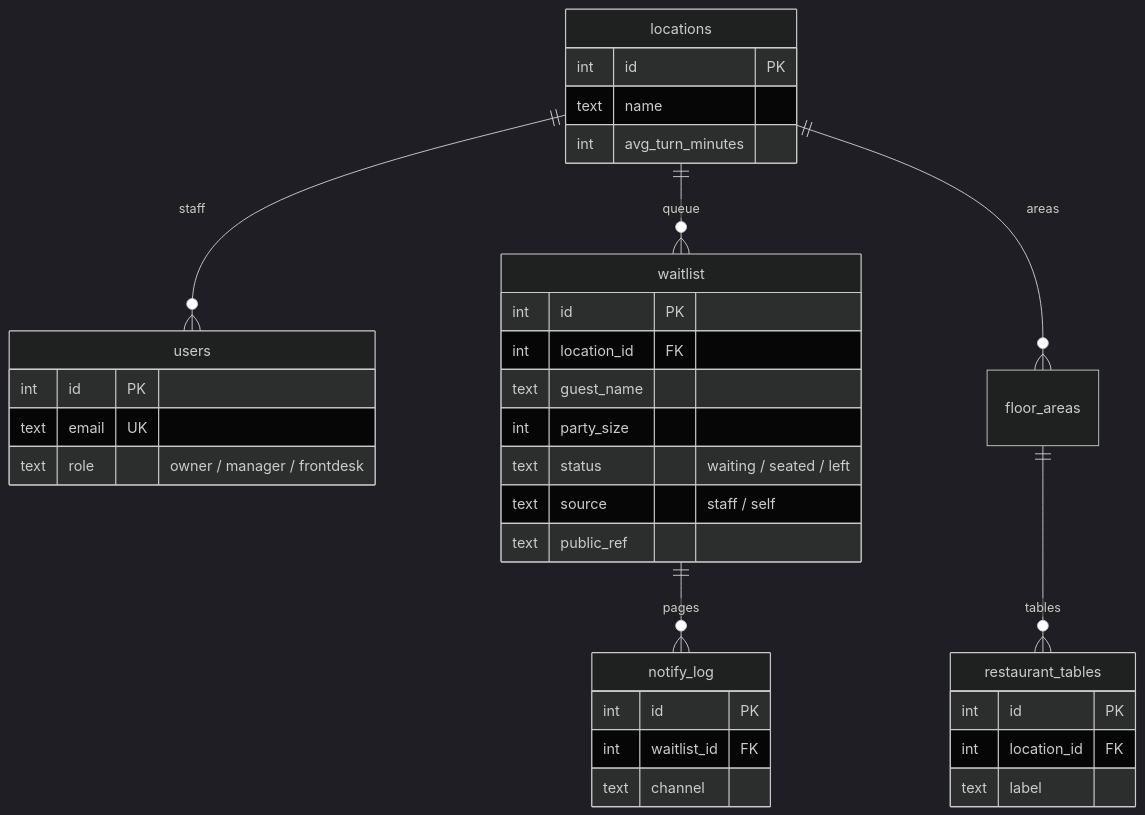
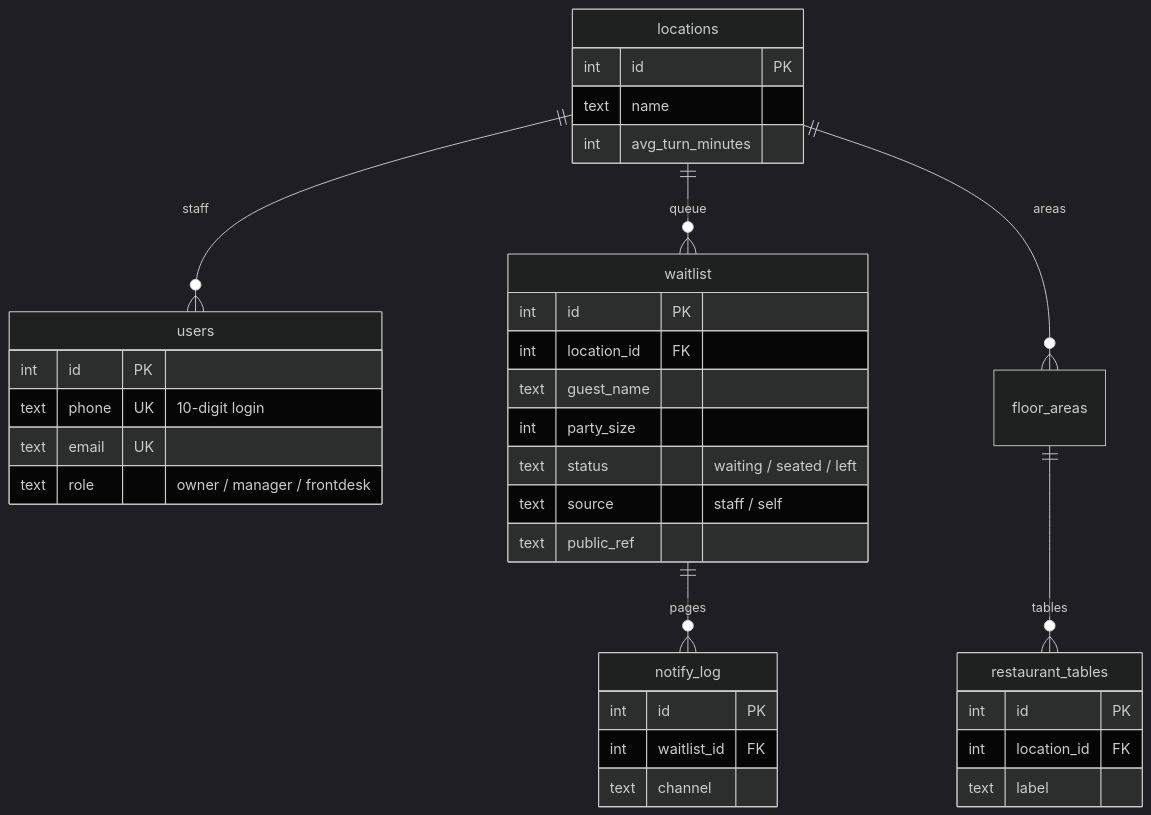
One commit to nolanle-gmail/pho-ha-noi changed the tenth of 16 diagrams in docs/HANDBOOK.md. Above: the diagram before and after it, drawn with Mermaid (dark theme). The commit also changed other lines of this file and 16 other files, not shown here.

````diff
--- a/docs/HANDBOOK.md
+++ b/docs/HANDBOOK.md
@@ -563,37 +567,38 @@
 ```mermaid
 erDiagram
   locations ||--o{ users : "staff"
   locations ||--o{ waitlist : "queue"
   waitlist ||--o{ notify_log : "pages"
   locations ||--o{ floor_areas : "areas"
   floor_areas ||--o{ restaurant_tables : "tables"
   locations {
     int id PK
     text name
     int avg_turn_minutes
   }
   waitlist {
     int id PK
     int location_id FK
     text guest_name
     int party_size
     text status "waiting / seated / left"
     text source "staff / self"
     text public_ref
   }
   users {
     int id PK
+    text phone UK "10-digit login"
     text email UK
     text role "owner / manager / frontdesk"
   }
   notify_log {
     int id PK
     int waitlist_id FK
     text channel
   }
   restaurant_tables {
     int id PK
     int location_id FK
     text label
   }
 ```
````
